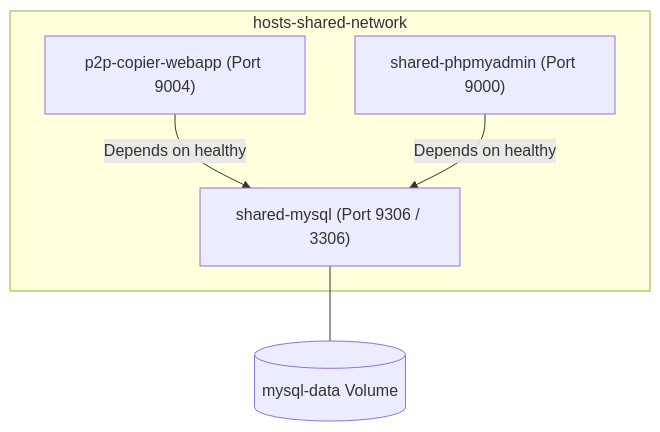
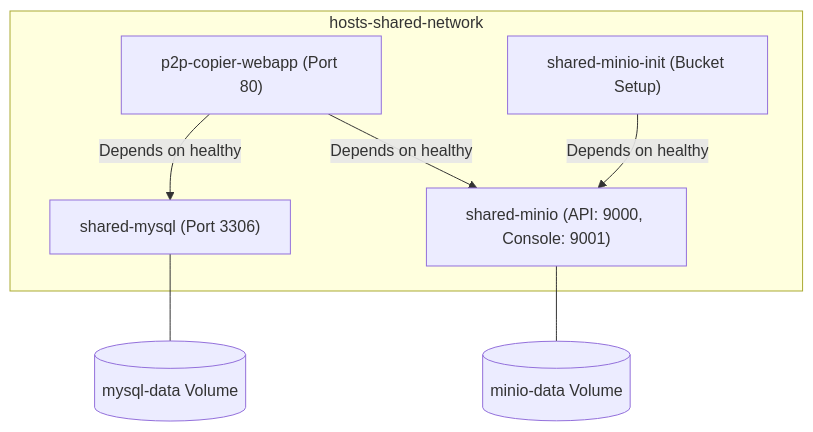
One commit to Niccher/PC-to-Phone-Copier-WebApp changed the first of 2 diagrams in docs/architecture/deployment.md. Above: the diagram before and after it, drawn with Mermaid. The commit also changed other lines of this file and 25 other files, not shown here.

````diff
--- a/docs/architecture/deployment.md
+++ b/docs/architecture/deployment.md
@@ -11,14 +11,18 @@
 ```mermaid
 flowchart TD
     subgraph Network["hosts-shared-network"]
-        WebApp["p2p-copier-webapp (Port 9004)"]
-        MySQL["shared-mysql (Port 9306 / 3306)"]
-        PMA["shared-phpmyadmin (Port 9000)"]
+        WebApp["p2p-copier-webapp (Port 80)"]
+        MySQL["shared-mysql (Port 3306)"]
+        MinIO["shared-minio (API: 9000, Console: 9001)"]
+        MinIOInit["shared-minio-init (Bucket Setup)"]
     end
 
-    Volume[("mysql-data Volume")]
+    MySQLVol[("mysql-data Volume")]
+    MinIOVol[("minio-data Volume")]
 
     WebApp -->|Depends on healthy| MySQL
-    PMA -->|Depends on healthy| MySQL
-    MySQL --- Volume
+    WebApp -->|Depends on healthy| MinIO
+    MinIOInit -->|Depends on healthy| MinIO
+    MySQL --- MySQLVol
+    MinIO --- MinIOVol
 ```
````
